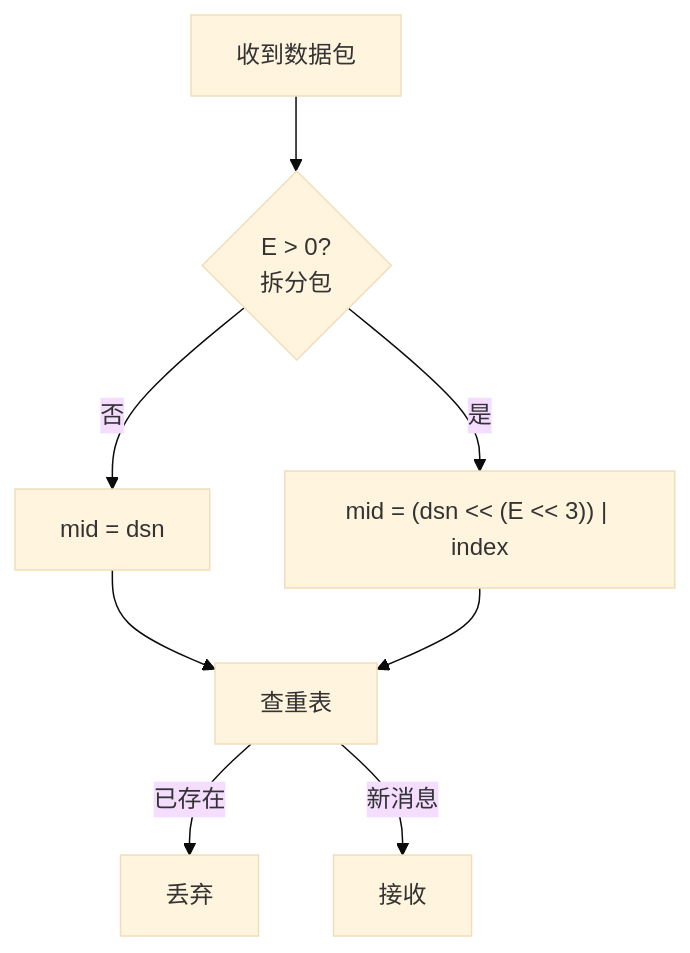
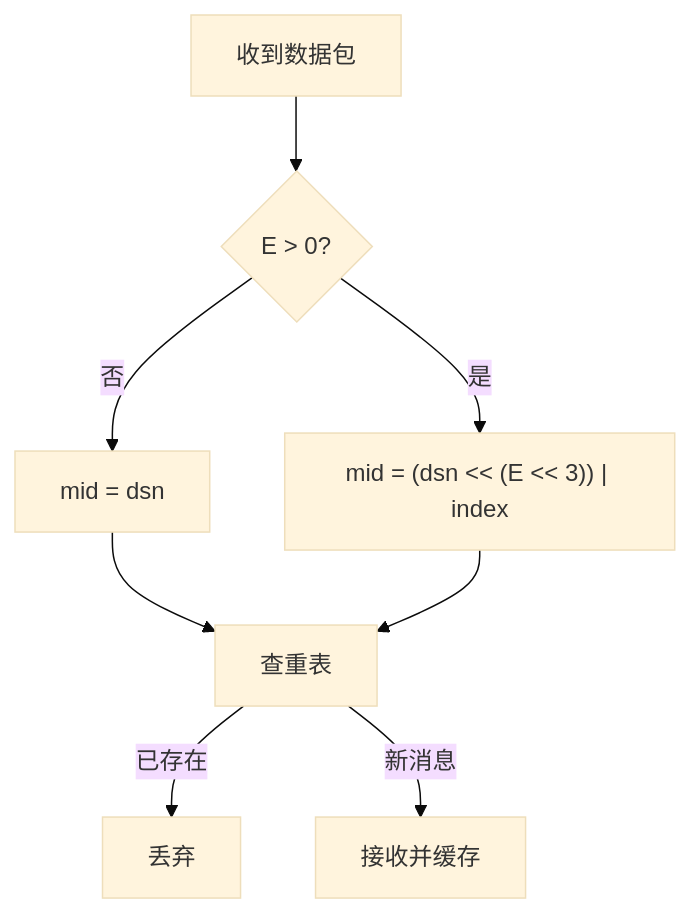
Before and after one commit to moky/magpie-bridge: the diagram in docs/design-protocol.zh-CN.md, drawn with Mermaid (base theme). The commit also changed other lines of this file and 9 other files, not shown here.

````diff
--- a/docs/design-protocol.zh-CN.md
+++ b/docs/design-protocol.zh-CN.md
@@ -108,10 +93,10 @@
 ```mermaid
 flowchart TD
-    P[收到数据包] --> E{E > 0?<br/>拆分包}
-    E -- 否 --> M1[mid = dsn]
-    E -- 是 --> M2["mid = (dsn << (E << 3)) | index"]
-    M1 --> T[查重表]
+    P["收到数据包"] --> Q{"E > 0?"}
+    Q -- "否" --> M1["mid = dsn"]
+    Q -- "是" --> M2["mid = (dsn << (E << 3)) | index"]
+    M1 --> T["查重表"]
     M2 --> T
-    T -- 已存在 --> DR[丢弃]
-    T -- 新消息 --> ACC[接收]
+    T -- "已存在" --> DR["丢弃"]
+    T -- "新消息" --> ACC["接收并缓存"]
 ```
````
